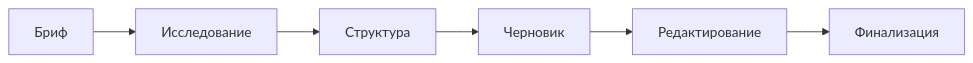
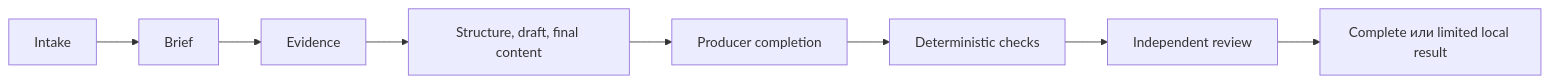
One commit to moira-mcp/moira changed the diagram in packages/docs/src/content/docs/ru/docs/reference/workflows/content-creation.mdx. Above: the diagram before and after it, drawn with Mermaid. The commit also changed other lines of this file and 122 other files, not shown here.

````diff
--- a/packages/docs/src/content/docs/ru/docs/reference/workflows/content-creation.mdx
+++ b/packages/docs/src/content/docs/ru/docs/reference/workflows/content-creation.mdx
@@ -18,8 +18,10 @@
 ```mermaid
 flowchart LR
-    A[Бриф] --> B[Исследование]
-    B --> C[Структура]
-    C --> D[Черновик]
-    D --> E[Редактирование]
-    E --> F[Финализация]
+  A[Intake] --> B[Brief]
+  B --> C[Evidence]
+  C --> D[Structure, draft, final content]
+  D --> E[Producer completion]
+  E --> F[Deterministic checks]
+  F --> G[Independent review]
+  G --> H[Complete или limited local result]
 ```
````
